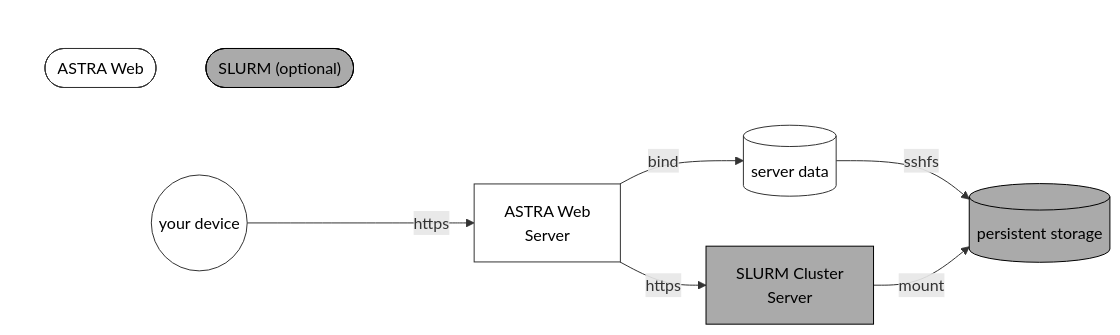
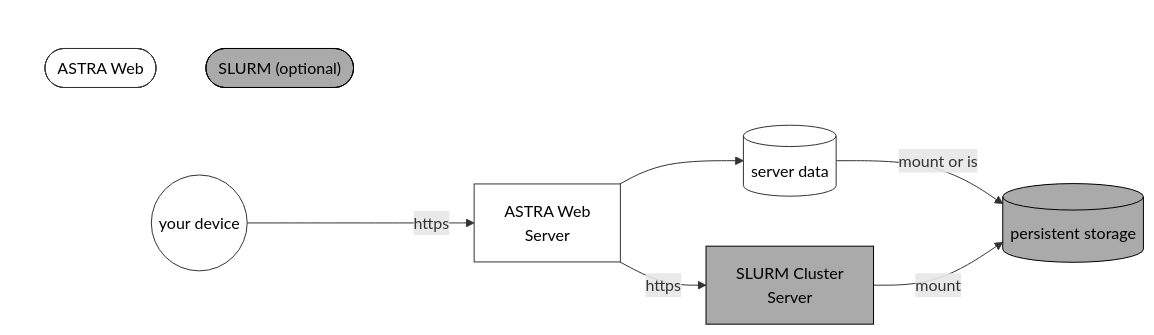
One commit to Kwasniok/astra-web changed the diagram in README.md. Above: the diagram before and after it, drawn with Mermaid. The commit also changed other lines of this file and 9 other files, not shown here.

````diff
--- a/README.md
+++ b/README.md
@@ -112,31 +61,31 @@
 ```mermaid
 flowchart LR
     you((your device))
     astra_web[ASTRA Web
     Server]
     SLURM[SLURM Cluster
     Server]
     server_data[(server data)]
     cluster_data[(persistent storage)]
 
     you--https-->astra_web
     astra_web--https-->SLURM
-    astra_web--bind-->server_data
-    server_data--sshfs-->cluster_data
+    astra_web-->server_data
+    server_data--mount or is-->cluster_data
     SLURM--mount-->cluster_data
 
     style you fill:#fff,stroke:#333,color:#000
     style astra_web fill:#fff,stroke:#333,color:#000
     style server_data fill:#fff,stroke:#333,color:#000
     style SLURM fill:#aaa,stroke:#000,color:#000
     style cluster_data fill:#aaa,stroke:#000,color:#000
 
     %% legend
     subgraph legend [ ]
         legend_item1(["ASTRA Web"])
         legend_item2(["SLURM (optional)"])
         style legend_item1 fill:#fff,stroke:#333,color:#000
         style legend_item2 fill:#aaa,stroke:#000,color:#000
     end
     style legend fill:transparent,stroke:transparent,color:transparent
 ```
````
